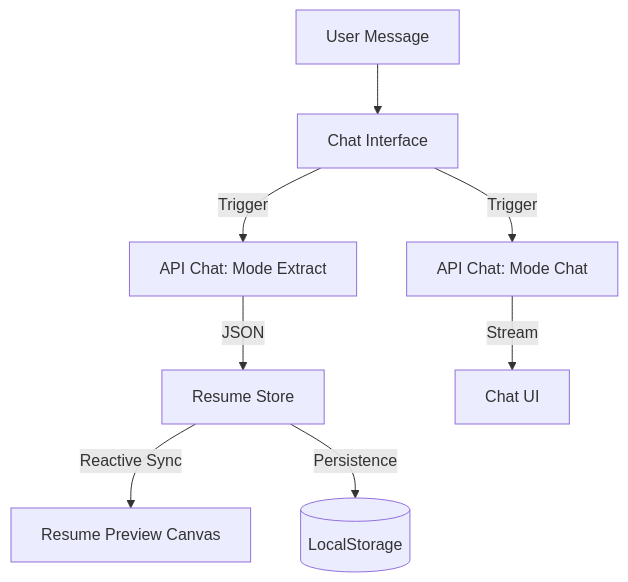
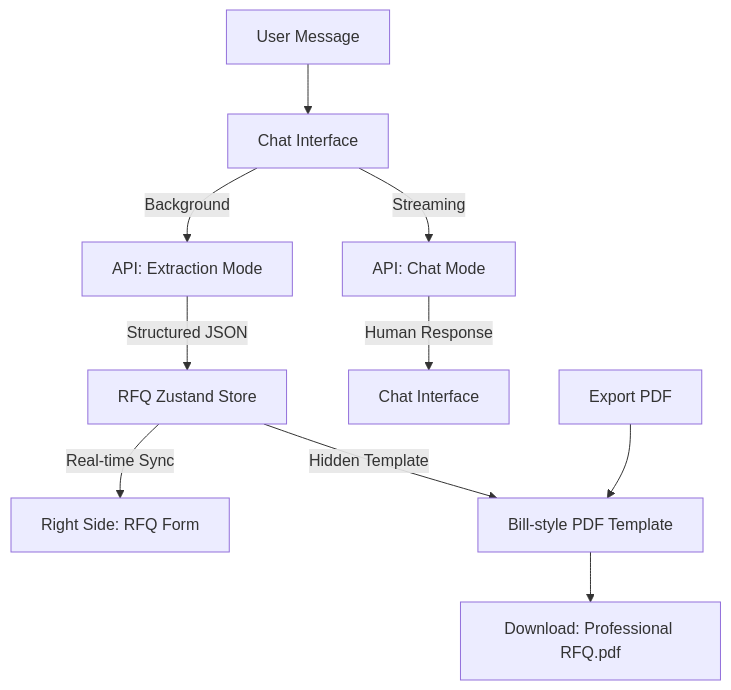
Before and after one commit to ayushlpu2024/ai-rfq-builder: the diagram in README.md, drawn with Mermaid. The commit also changed other lines of this file, not shown here.

````diff
--- a/README.md
+++ b/README.md
@@ -37,12 +41,15 @@
 ```mermaid
 graph TD
     UserMsg[User Message] --> ChatInput[Chat Interface]
-    ChatInput -->|Trigger| ExtractAPI[API Chat: Mode Extract]
-    ChatInput -->|Trigger| ConversationalAPI[API Chat: Mode Chat]
+    ChatInput -->|Background| ExtractAPI[API: Extraction Mode]
+    ChatInput -->|Streaming| ConversationalAPI[API: Chat Mode]
     
-    ExtractAPI -->|JSON| Store[Resume Store]
-    ConversationalAPI -->|Stream| ChatUI[Chat UI]
+    ExtractAPI -->|Structured JSON| Store[RFQ Zustand Store]
+    ConversationalAPI -->|Human Response| ChatUI[Chat Interface]
     
-    Store -->|Reactive Sync| ResumePreview[Resume Preview Canvas]
-    Store -->|Persistence| LocalStorage[(LocalStorage)]
+    Store -->|Real-time Sync| FormPanel[Right Side: RFQ Form]
+    Store -->|Hidden Template| BillCanvas[Bill-style PDF Template]
+    
+    Button[Export PDF] --> BillCanvas
+    BillCanvas --> PDF[Download: Professional RFQ.pdf]
 ```
````
